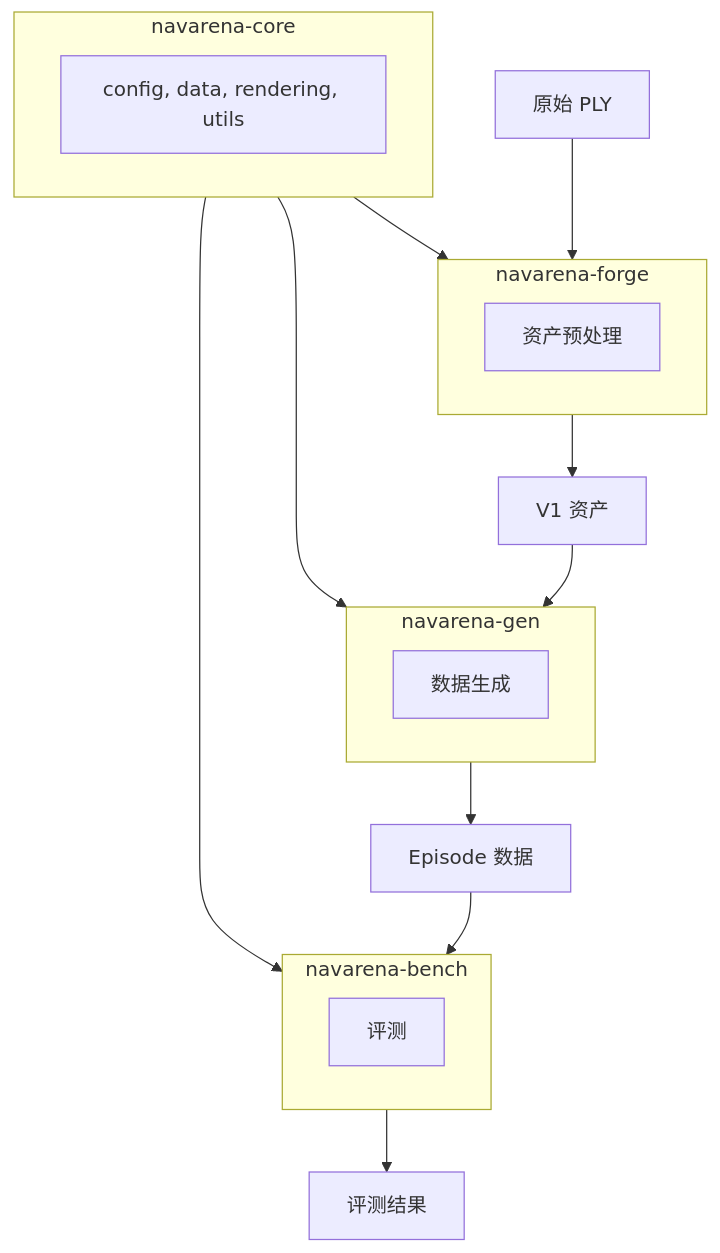
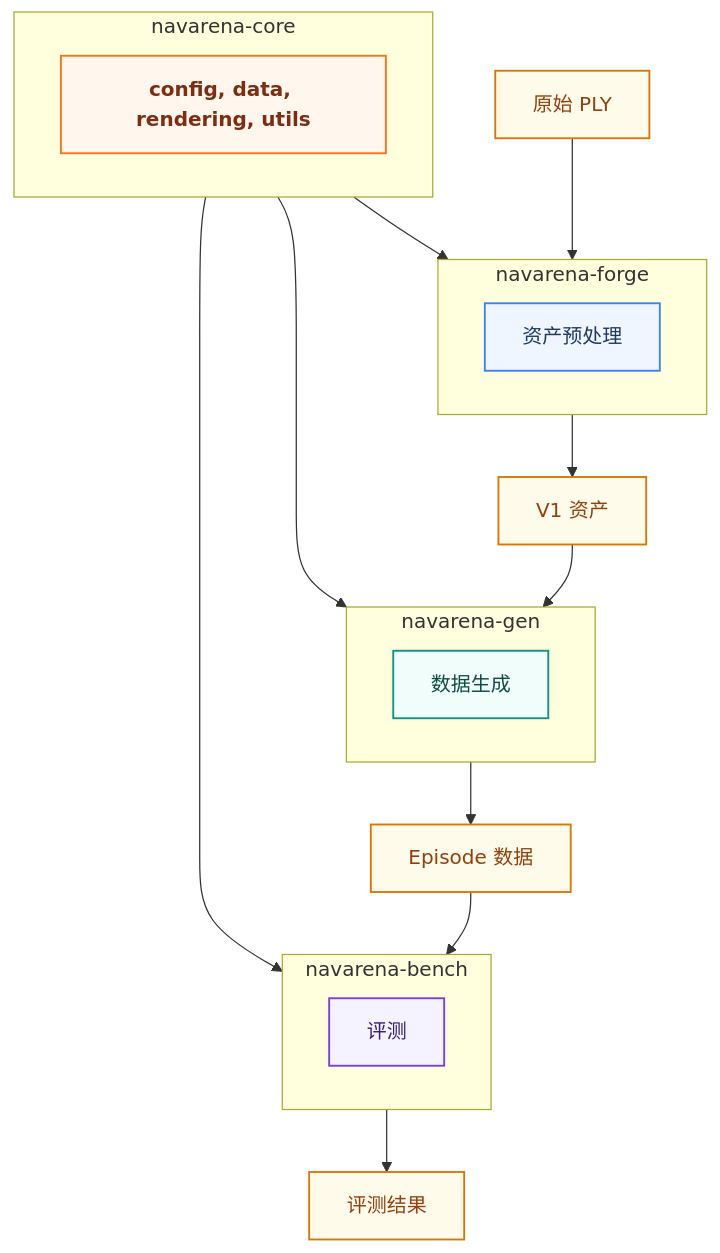
One commit to EI-Nav/NavArena-Doc changed the second of 3 diagrams in docs/zh/definitions/concepts.md. Above: the diagram before and after it, drawn with Mermaid. The commit also changed 7 other files, not shown here.

````diff
--- a/docs/zh/definitions/concepts.md
+++ b/docs/zh/definitions/concepts.md
@@ -91,29 +91,35 @@
 ```mermaid
 flowchart TB
+    classDef core   fill:#FFF7ED,stroke:#F97316,stroke-width:1.5px,color:#7C2D12,font-weight:600
+    classDef forge  fill:#EFF6FF,stroke:#3B82F6,stroke-width:1.5px,color:#1E3A5F
+    classDef gen    fill:#F0FDFA,stroke:#0D9488,stroke-width:1.5px,color:#0F4C43
+    classDef bench  fill:#F5F3FF,stroke:#7C3AED,stroke-width:1.5px,color:#3B1F6E
+    classDef data   fill:#FFFBEB,stroke:#D97706,stroke-width:1.5px,color:#92400E
+
     subgraph Core [navarena-core]
-        C[config, data, rendering, utils]
+        C[config, data, rendering, utils]:::core
     end
     
     subgraph Forge [navarena-forge]
-        F[资产预处理]
+        F[资产预处理]:::forge
     end
     
     subgraph Gen [navarena-gen]
-        G[数据生成]
+        G[数据生成]:::gen
     end
     
     subgraph Bench [navarena-bench]
-        B[评测]
+        B[评测]:::bench
     end
     
     Core --> Forge
     Core --> Gen
     Core --> Bench
     
-    PLY[原始 PLY] --> Forge
-    Forge --> V1[V1 资产]
+    PLY[原始 PLY]:::data --> Forge
+    Forge --> V1[V1 资产]:::data
     V1 --> Gen
-    Gen --> EP[Episode 数据]
+    Gen --> EP[Episode 数据]:::data
     EP --> Bench
-    Bench --> Results[评测结果]
+    Bench --> Results[评测结果]:::data
 ```
````
